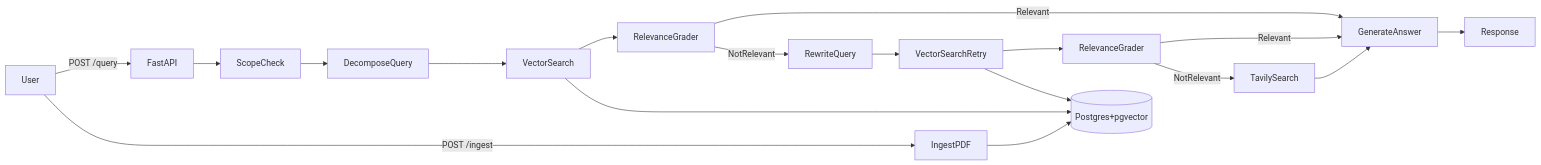
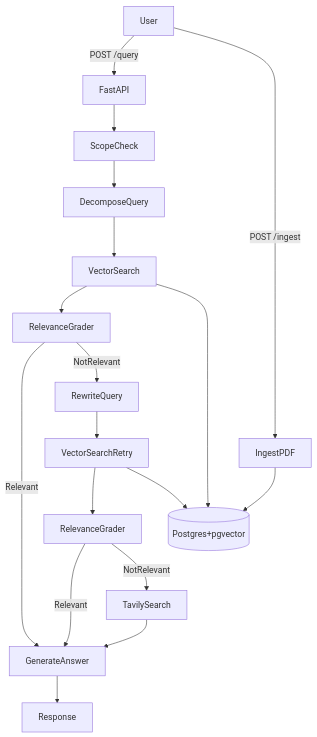
One commit to KonstantinKonov/PageRAG changed the diagram in README.md. Above: the diagram before and after it, drawn with Mermaid. The commit also changed 3 other files, not shown here.

````diff
--- a/README.md
+++ b/README.md
@@ -13,21 +13,21 @@
 ```mermaid
-flowchart LR
+flowchart TD
     User[User] -->|"POST /query"| API[FastAPI]
     API --> Scope[ScopeCheck]
     Scope --> Decompose[DecomposeQuery]
     Decompose --> Retrieve[VectorSearch]
     Retrieve --> Grade[RelevanceGrader]
     Grade -->|Relevant| Answer[GenerateAnswer]
     Grade -->|NotRelevant| Rewrite[RewriteQuery]
     Rewrite --> Retry[VectorSearchRetry]
     Retry --> Grade2[RelevanceGrader]
     Grade2 -->|Relevant| Answer
     Grade2 -->|NotRelevant| Web[TavilySearch]
     Web --> Answer
     Answer --> Response[Response]
 
     User -->|"POST /ingest"| Ingest[IngestPDF]
     Ingest --> Pg[(Postgres+pgvector)]
     Retrieve --> Pg
     Retry --> Pg
 ```
````
